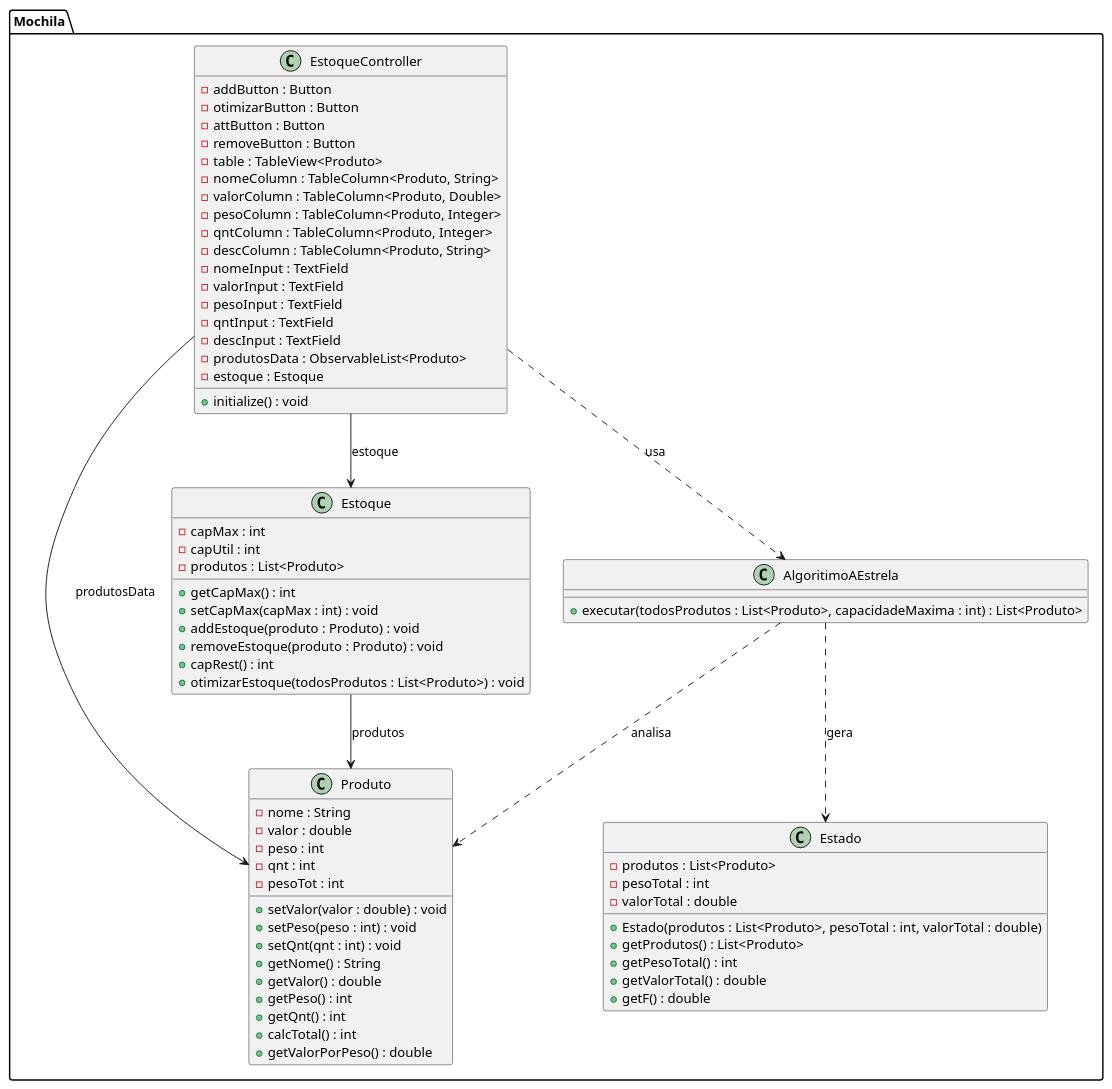
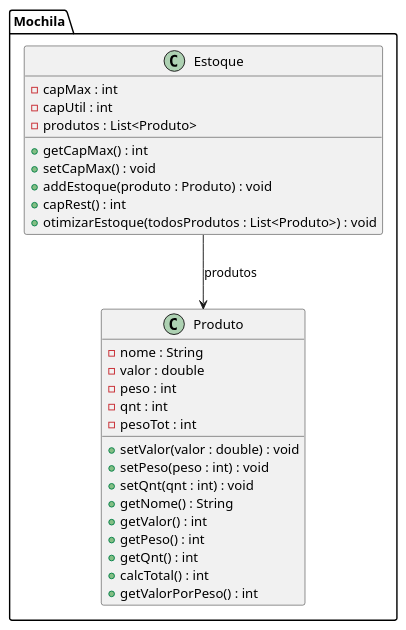
Before and after one commit to MMarcooss/Prob_Moch: the diagram in InterfaceEstoque/src/main/java/com/example/interfaceestoque/DiagramaClasse.puml, drawn with PlantUML.

Commit message:
Revert "Merge branch 'main' of https://github.com/rafaeljuniora/Prob_Moch"
This reverts commit ded4a3ac422a4f8c08bda21fd1f4fdf523abb1fb, reversing
changes made to 664b3523ec32151af788b46258840e9b3a984538.

```diff
--- a/InterfaceEstoque/src/main/java/com/example/interfaceestoque/DiagramaClasse.puml
+++ b/InterfaceEstoque/src/main/java/com/example/interfaceestoque/DiagramaClasse.puml
@@ -1,80 +1,38 @@
 @startuml
 
 package Mochila {
+
+    class Estoque {
+        - capMax : int
+        - capUtil : int
+        - produtos : List<Produto>
+
+        + getCapMax() : int
+        + setCapMax() : void
+        + addEstoque(produto : Produto) : void
+        + capRest() : int
+        + otimizarEstoque(todosProdutos : List<Produto>) : void
+    }
+
     class Produto {
         - nome : String
         - valor : double
         - peso : int
         - qnt : int
         - pesoTot : int
 
         + setValor(valor : double) : void
         + setPeso(peso : int) : void
         + setQnt(qnt : int) : void
         + getNome() : String
-        + getValor() : double
+        + getValor() : int
         + getPeso() : int
         + getQnt() : int
         + calcTotal() : int
-        + getValorPorPeso() : double
-    }
-
-    class Estoque {
-        - capMax : int
-        - capUtil : int
-        - produtos : List<Produto>
-
-        + getCapMax() : int
-        + setCapMax(capMax : int) : void
-        + addEstoque(produto : Produto) : void
-        + removeEstoque(produto : Produto) : void
-        + capRest() : int
-        + otimizarEstoque(todosProdutos : List<Produto>) : void
-    }
-
-    class EstoqueController {
-        - addButton : Button
-        - otimizarButton : Button
-        - attButton : Button
-        - removeButton : Button
-        - table : TableView<Produto>
-        - nomeColumn : TableColumn<Produto, String>
-        - valorColumn : TableColumn<Produto, Double>
-        - pesoColumn : TableColumn<Produto, Integer>
-        - qntColumn : TableColumn<Produto, Integer>
-        - descColumn : TableColumn<Produto, String>
-        - nomeInput : TextField
-        - valorInput : TextField
-        - pesoInput : TextField
-        - qntInput : TextField
-        - descInput : TextField
-        - produtosData : ObservableList<Produto>
-        - estoque : Estoque
-
-        + initialize() : void
-    }
-
-    class AlgoritimoAEstrela {
-        + executar(todosProdutos : List<Produto>, capacidadeMaxima : int) : List<Produto>
-    }
-
-    class Estado {
-        - produtos : List<Produto>
-        - pesoTotal : int
-        - valorTotal : double
-
-        + Estado(produtos : List<Produto>, pesoTotal : int, valorTotal : double)
-        + getProdutos() : List<Produto>
-        + getPesoTotal() : int
-        + getValorTotal() : double
-        + getF() : double
+        + getValorPorPeso() : int
     }
 
     Estoque --> Produto : "produtos"
-    EstoqueController --> Estoque : "estoque"
-    EstoqueController --> Produto : "produtosData"
-    EstoqueController ..> AlgoritimoAEstrela : "usa"
-    AlgoritimoAEstrela ..> Produto : "analisa"
-    AlgoritimoAEstrela ..> Estado : "gera"
 }
+
 @enduml
```
